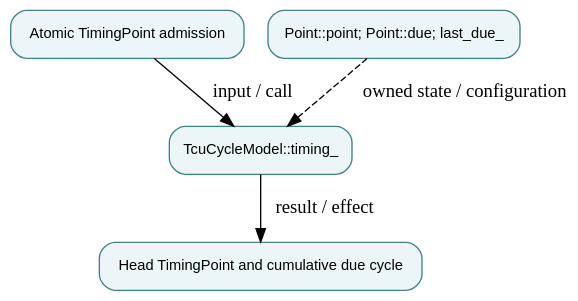
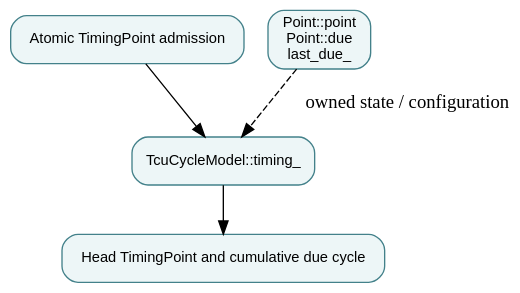
Before and after one commit to qsbit-org/qsbit-sim: the diagram in docs/modules/timing-queue.md, drawn with Graphviz. The commit also changed other lines of this file and 41 other files, not shown here.

````diff
--- a/docs/modules/timing-queue.md
+++ b/docs/modules/timing-queue.md
@@ -17,11 +14,11 @@
 ```{graphviz}
 digraph module {
   rankdir=TB; bgcolor="transparent";
   node [shape=box, style="rounded,filled", fillcolor="#edf6f7", color="#43818a", fontname="sans-serif", fontsize=11];
   input [label="Atomic TimingPoint admission"];
   owner [label="TcuCycleModel::timing_"];
-  state [label="Point::point; Point::due; last_due_"];
+  state [label="Point::point\nPoint::due\nlast_due_"];
   output [label="Head TimingPoint and cumulative due cycle"];
-  input -> owner [label="input / call"]; owner -> output [label="result / effect"]; state -> owner [style=dashed, label="owned state / configuration"];
+  input -> owner; owner -> output; state -> owner [style=dashed, label="owned state / configuration"];
 }
 ```
````
